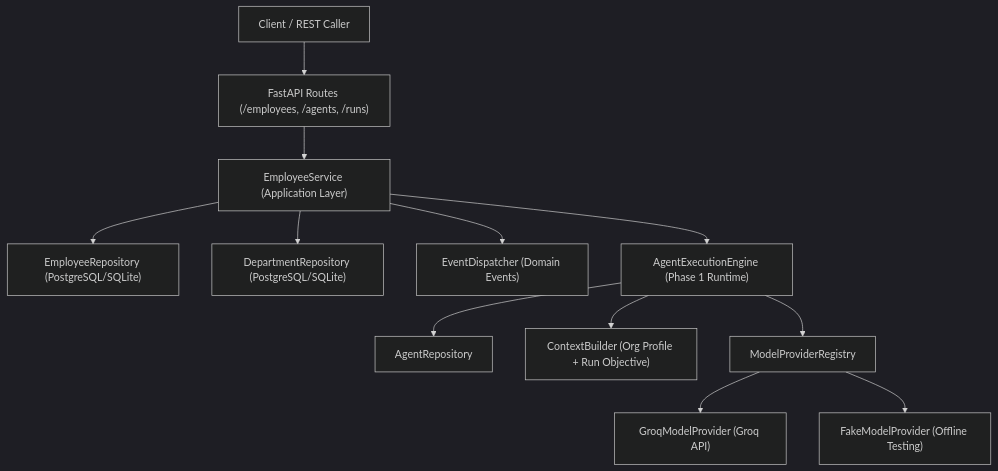
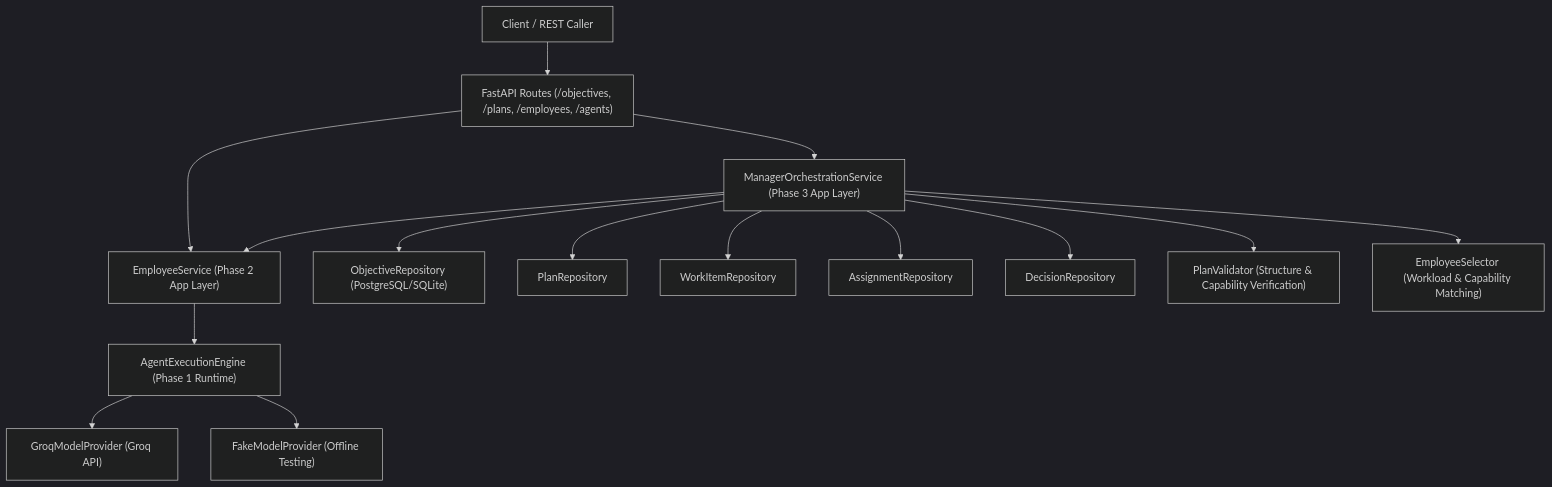
Before and after one commit to HarshadSelokar/Autonomous-Agency: the first of 2 diagrams in docs/architecture.md, drawn with Mermaid (dark theme). The commit also changed other lines of this file and 1 other file, not shown here.

Commit message:
docs(architecture): update architecture.md and README.md with Phase 3 specifications

````diff
--- a/docs/architecture.md
+++ b/docs/architecture.md
@@ -15,14 +15,20 @@
 ```mermaid
 graph TD
-    Client["Client / REST Caller"] --> API["FastAPI Routes (/employees, /agents, /runs)"]
-    API --> Service["EmployeeService (Application Layer)"]
-    Service --> EmpRepo["EmployeeRepository (PostgreSQL/SQLite)"]
-    Service --> DeptRepo["DepartmentRepository (PostgreSQL/SQLite)"]
-    Service --> EventDisp["EventDispatcher (Domain Events)"]
-    Service --> Engine["AgentExecutionEngine (Phase 1 Runtime)"]
-    Engine --> AgentRepo["AgentRepository"]
-    Engine --> Context["ContextBuilder (Org Profile + Run Objective)"]
-    Engine --> Reg["ModelProviderRegistry"]
-    Reg --> Groq["GroqModelProvider (Groq API)"]
-    Reg --> Fake["FakeModelProvider (Offline Testing)"]
+    Client["Client / REST Caller"] --> API["FastAPI Routes (/objectives, /plans, /employees, /agents)"]
+    API --> MgrService["ManagerOrchestrationService (Phase 3 App Layer)"]
+    API --> EmpService["EmployeeService (Phase 2 App Layer)"]
+    
+    MgrService --> ObjRepo["ObjectiveRepository (PostgreSQL/SQLite)"]
+    MgrService --> PlanRepo["PlanRepository"]
+    MgrService --> WIRepo["WorkItemRepository"]
+    MgrService --> AsgnRepo["AssignmentRepository"]
+    MgrService --> DecRepo["DecisionRepository"]
+    
+    MgrService --> Validator["PlanValidator (Structure & Capability Verification)"]
+    MgrService --> Selector["EmployeeSelector (Workload & Capability Matching)"]
+    
+    MgrService --> EmpService
+    EmpService --> Engine["AgentExecutionEngine (Phase 1 Runtime)"]
+    Engine --> Groq["GroqModelProvider (Groq API)"]
+    Engine --> Fake["FakeModelProvider (Offline Testing)"]
 ```
````
